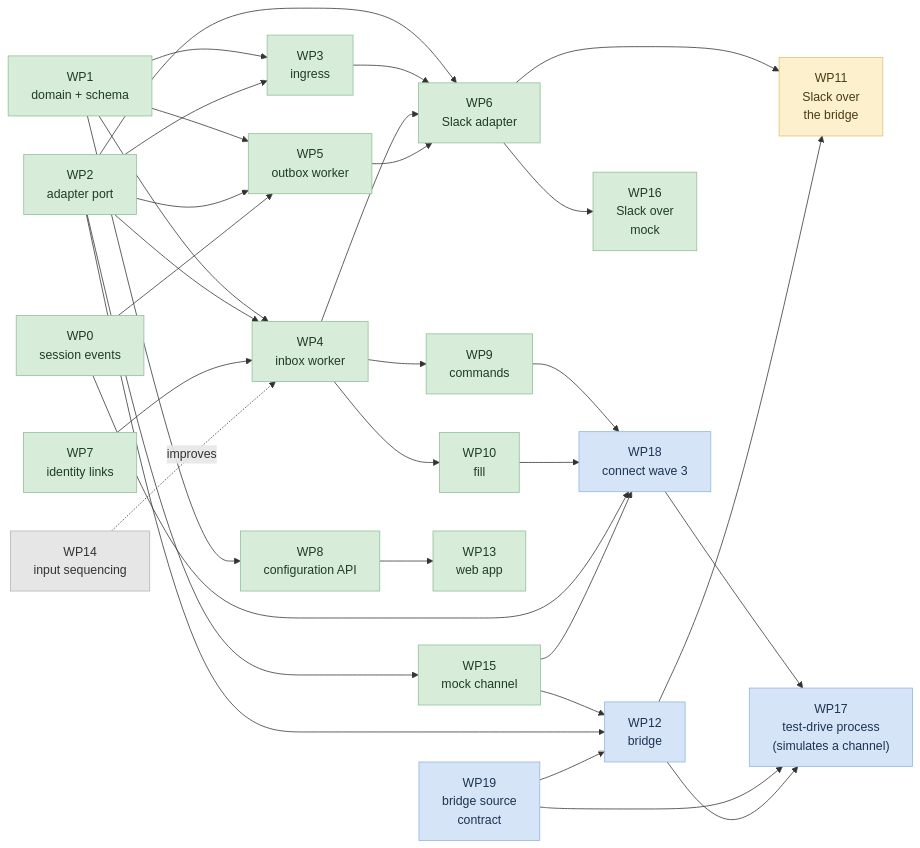
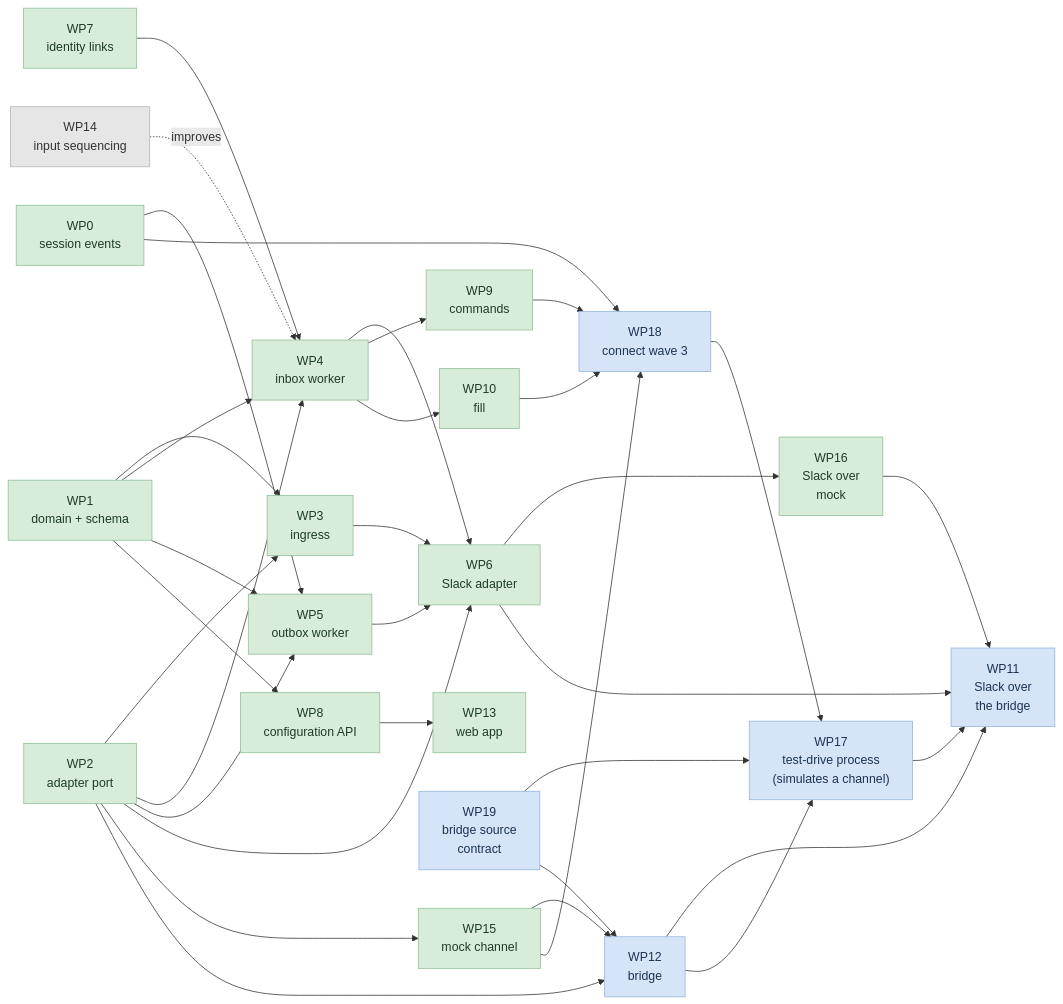
One commit to Agenta-AI/agenta changed the diagram in docs/design/channels-research/v2/plan.md. Above: the diagram before and after it, drawn with Mermaid. The commit also changed other lines of this file, not shown here.

````diff
--- a/docs/design/channels-research/v2/plan.md
+++ b/docs/design/channels-research/v2/plan.md
@@ -18,66 +18,66 @@
 ```mermaid
 flowchart LR
     WP0["WP0<br/>session events"]
     WP1["WP1<br/>domain + schema"]
     WP2["WP2<br/>adapter port"]
     WP3["WP3<br/>ingress"]
     WP4["WP4<br/>inbox worker"]
     WP5["WP5<br/>outbox worker"]
     WP6["WP6<br/>Slack adapter"]
     WP7["WP7<br/>identity links"]
     WP8["WP8<br/>configuration API"]
     WP9["WP9<br/>commands"]
     WP10["WP10<br/>fill"]
     WP11["WP11<br/>Slack over<br/>the bridge"]
     WP12["WP12<br/>bridge"]
     WP13["WP13<br/>web app"]
     WP14["WP14<br/>input sequencing"]
     WP15["WP15<br/>mock channel"]
     WP16["WP16<br/>Slack over<br/>mock"]
     WP17["WP17<br/>test-drive process<br/>(simulates a channel)"]
     WP18["WP18<br/>connect wave 3"]
     WP19["WP19<br/>bridge source<br/>contract"]
 
     WP1 --> WP3
     WP1 --> WP4
     WP1 --> WP5
     WP2 --> WP3
     WP2 --> WP4
     WP2 --> WP5
     WP2 --> WP6
     WP0 --> WP5
     WP3 --> WP6
     WP4 --> WP6
     WP5 --> WP6
     WP7 --> WP4
     WP1 --> WP8
     WP4 --> WP9
     WP4 --> WP10
     WP2 --> WP15
     WP15 --> WP12
     WP6 --> WP16
     WP2 --> WP12
     WP6 --> WP11
     WP12 --> WP11
     WP18 --> WP17
     WP19 --> WP17
     WP12 --> WP17
+    WP17 --> WP11
+    WP16 --> WP11
     WP8 --> WP13
     WP9 --> WP18
     WP10 --> WP18
     WP0 --> WP18
     WP15 --> WP18
     WP19 --> WP12
     WP14 -.->|improves| WP4
 
     classDef done fill:#d7ecd9,stroke:#8fbf96,color:#1f3d24
     classDef next fill:#d6e4f7,stroke:#93b4dd,color:#1c3352
-    classDef later fill:#fdf0cd,stroke:#dcc274,color:#4a3b12
     classDef apart fill:#e6e6e6,stroke:#b3b3b3,color:#333333
 
     class WP1,WP2,WP3,WP4,WP5,WP6,WP7,WP8 done
     class WP0,WP9,WP10,WP13,WP15,WP16 done
-    class WP18,WP19,WP12,WP17 next
-    class WP11 later
+    class WP18,WP19,WP12,WP17,WP11 next
     class WP14 apart
 ```
````
